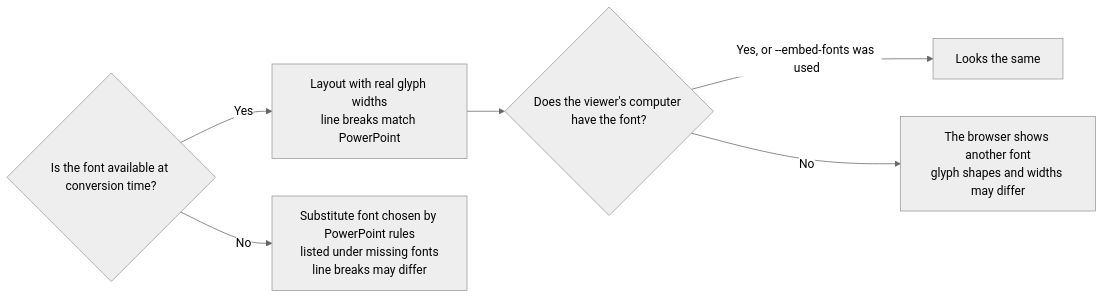
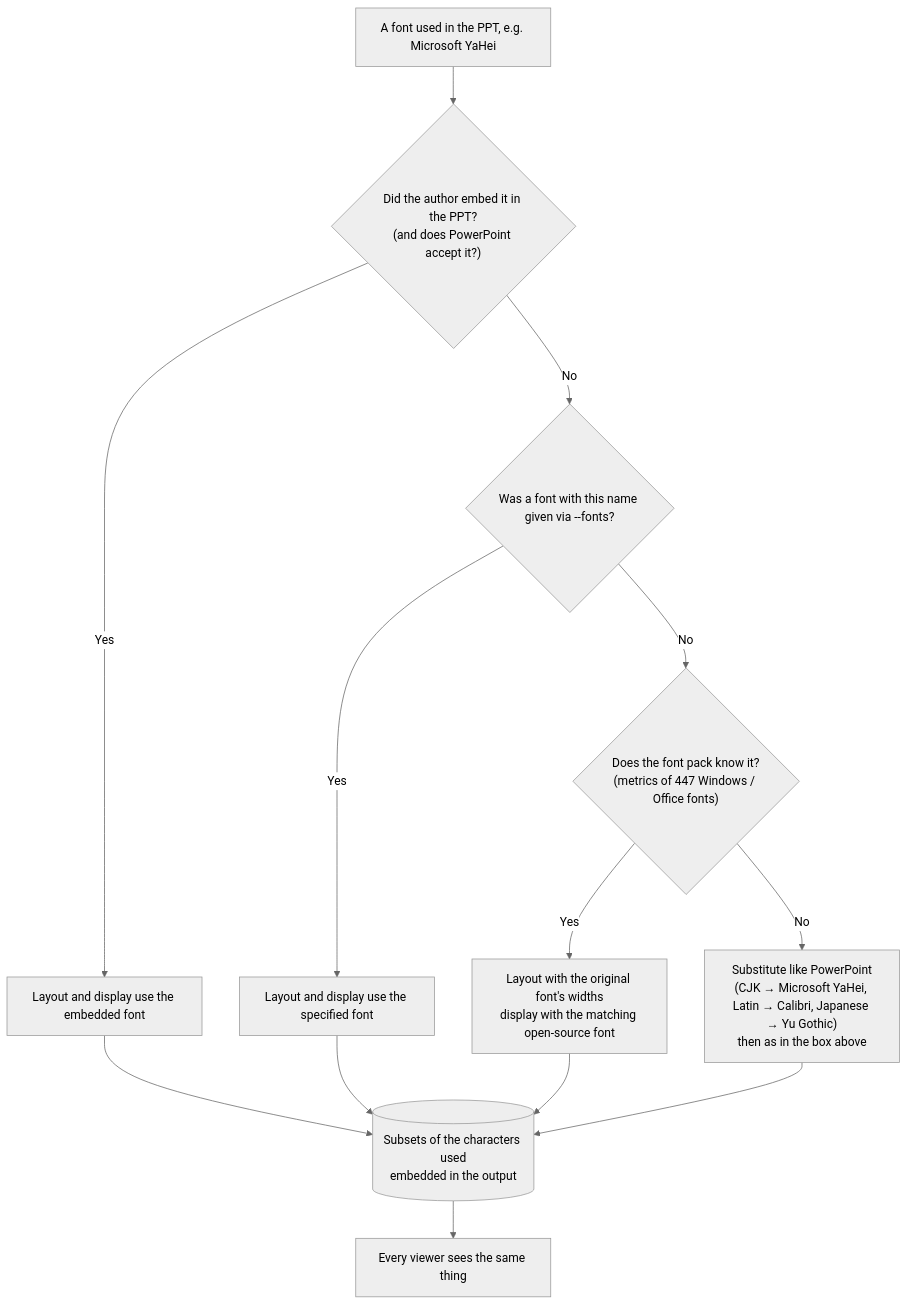
One commit to spitmaster/unppt changed the fifth of 5 diagrams in docs/en/getting-started.md. Above: the diagram before and after it, drawn with Mermaid (neutral theme). The commit also changed other lines of this file and 15 other files, not shown here.

````diff
--- a/docs/en/getting-started.md
+++ b/docs/en/getting-started.md
@@ -384,8 +406,15 @@
 ```mermaid
-flowchart LR
-  F{"Is the font available at conversion time?"} -->|"Yes"| OK["Layout with real glyph widths<br/>line breaks match PowerPoint"]
-  F -->|"No"| MISS["Substitute font chosen by PowerPoint rules<br/>listed under missing fonts<br/>line breaks may differ"]
-  OK --> V{"Does the viewer's computer have the font?"}
-  V -->|"Yes, or --embed-fonts was used"| GOOD["Looks the same"]
-  V -->|"No"| DIFF["The browser shows another font<br/>glyph shapes and widths may differ"]
+flowchart TD
+  F["A font used in the PPT, e.g. Microsoft YaHei"] --> E{"Did the author embed it in the PPT?<br/>(and does PowerPoint accept it?)"}
+  E -->|"Yes"| EMB["Layout and display use the embedded font"]
+  E -->|"No"| S{"Was a font with this name given via --fonts?"}
+  S -->|"Yes"| SPEC["Layout and display use the specified font"]
+  S -->|"No"| K{"Does the font pack know it?<br/>(metrics of 447 Windows / Office fonts)"}
+  K -->|"Yes"| DEF["Layout with the original font's widths<br/>display with the matching open-source font"]
+  K -->|"No"| SUB["Substitute like PowerPoint<br/>(CJK → Microsoft YaHei, Latin → Calibri, Japanese → Yu Gothic)<br/>then as in the box above"]
+  EMB --> OUT[("Subsets of the characters used<br/>embedded in the output")]
+  SPEC --> OUT
+  DEF --> OUT
+  SUB --> OUT
+  OUT --> V["Every viewer sees the same thing"]
 ```
````
